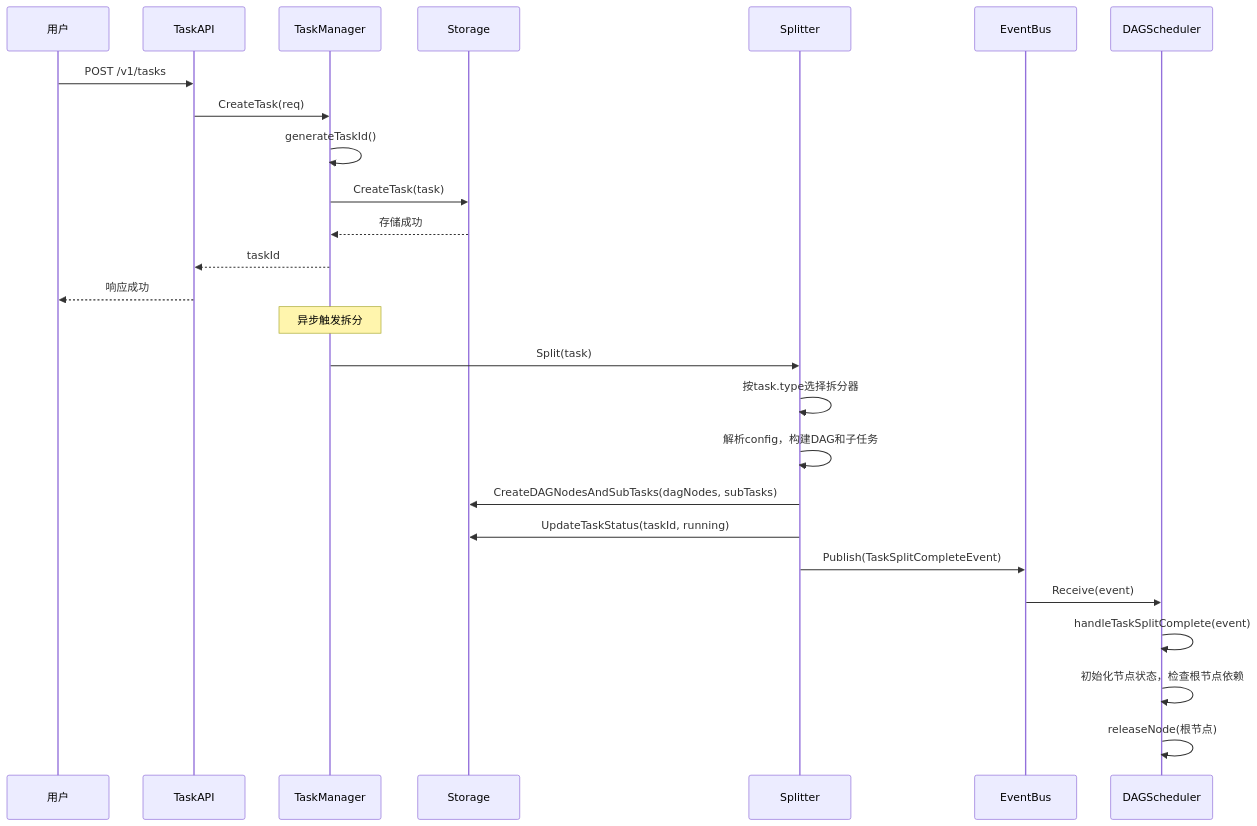
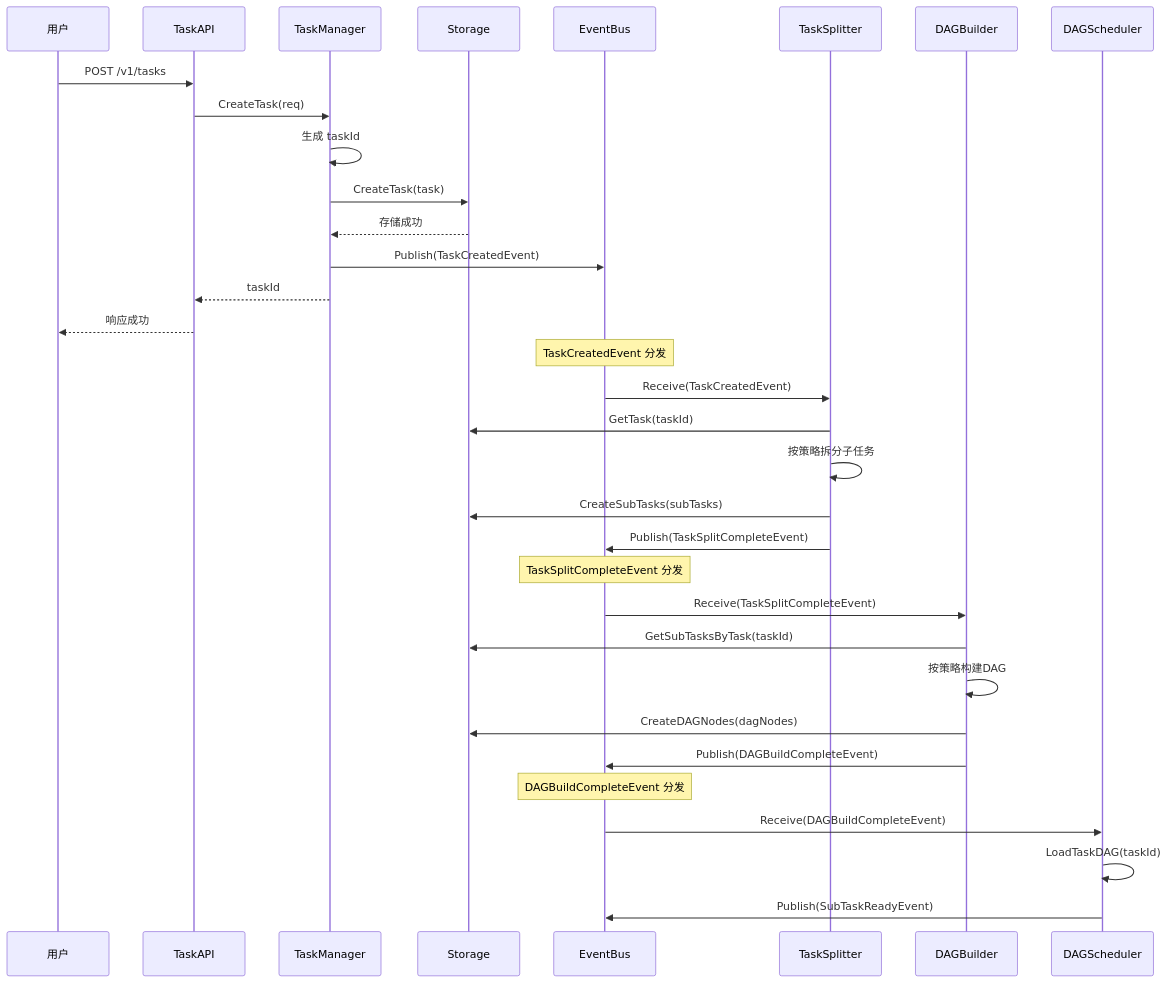
One commit to njuxumq/agent-eval-server changed the second of 6 diagrams in docs/designs/模块设计文档.md. Above: the diagram before and after it, drawn with Mermaid. The commit also changed other lines of this file and 12 other files, not shown here.

````diff
--- a/docs/designs/模块设计文档.md
+++ b/docs/designs/模块设计文档.md
@@ -752,31 +931,42 @@
 ```mermaid
 sequenceDiagram
     participant User as 用户
     participant API as TaskAPI
     participant TM as TaskManager
     participant Storage as Storage
-    participant SP as Splitter
     participant EB as EventBus
+    participant SP as TaskSplitter
+    participant DB as DAGBuilder
     participant DS as DAGScheduler
 
     User->>API: POST /v1/tasks
     API->>TM: CreateTask(req)
-    TM->>TM: generateTaskId()
+    TM->>TM: 生成 taskId
     TM->>Storage: CreateTask(task)
     Storage-->>TM: 存储成功
+    TM->>EB: Publish(TaskCreatedEvent)
     TM-->>API: taskId
     API-->>User: 响应成功
 
-    Note over TM: 异步触发拆分
+    Note over EB: TaskCreatedEvent 分发
 
-    TM->>SP: Split(task)
-    SP->>SP: 按task.type选择拆分器
-    SP->>SP: 解析config，构建DAG和子任务
-    SP->>Storage: CreateDAGNodesAndSubTasks(dagNodes, subTasks)
-    SP->>Storage: UpdateTaskStatus(taskId, running)
+    EB->>SP: Receive(TaskCreatedEvent)
+    SP->>Storage: GetTask(taskId)
+    SP->>SP: 按策略拆分子任务
+    SP->>Storage: CreateSubTasks(subTasks)
     SP->>EB: Publish(TaskSplitCompleteEvent)
-    EB->>DS: Receive(event)
-    DS->>DS: handleTaskSplitComplete(event)
-    DS->>DS: 初始化节点状态，检查根节点依赖
-    DS->>DS: releaseNode(根节点)
+
+    Note over EB: TaskSplitCompleteEvent 分发
+
+    EB->>DB: Receive(TaskSplitCompleteEvent)
+    DB->>Storage: GetSubTasksByTask(taskId)
+    DB->>DB: 按策略构建DAG
+    DB->>Storage: CreateDAGNodes(dagNodes)
+    DB->>EB: Publish(DAGBuildCompleteEvent)
+
+    Note over EB: DAGBuildCompleteEvent 分发
+
+    EB->>DS: Receive(DAGBuildCompleteEvent)
+    DS->>DS: LoadTaskDAG(taskId)
+    DS->>EB: Publish(SubTaskReadyEvent)
 ```
````
